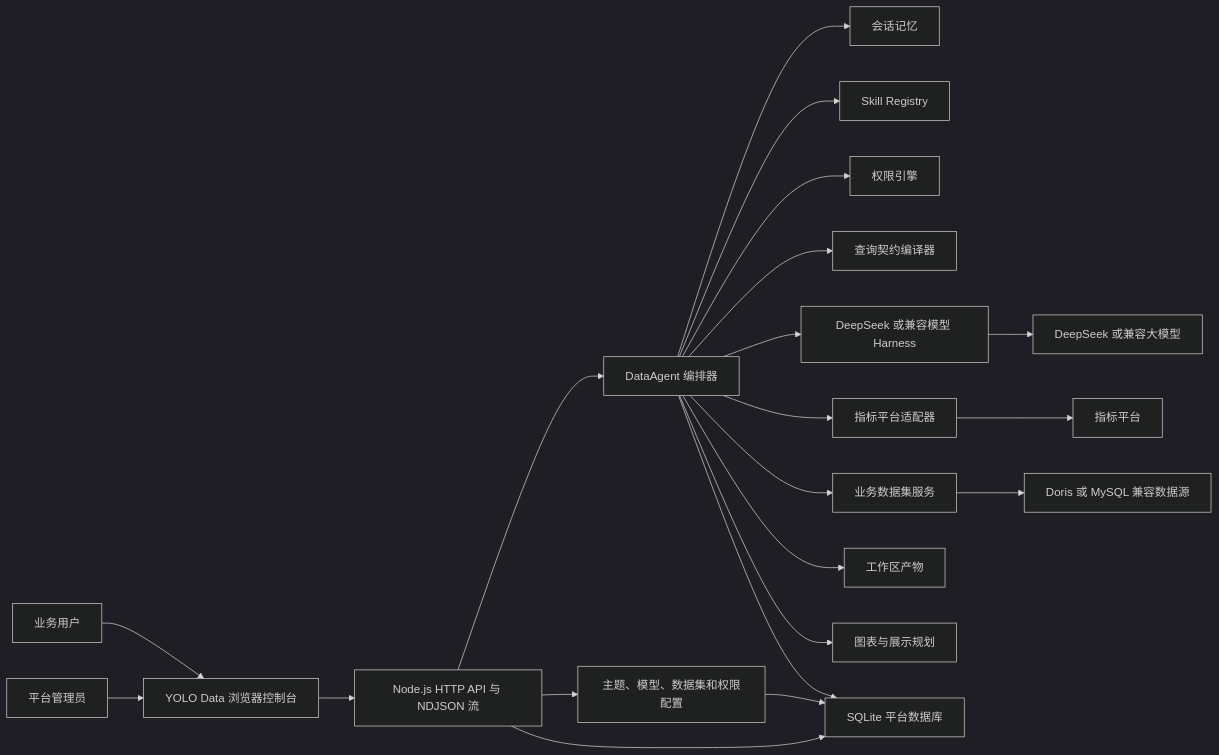
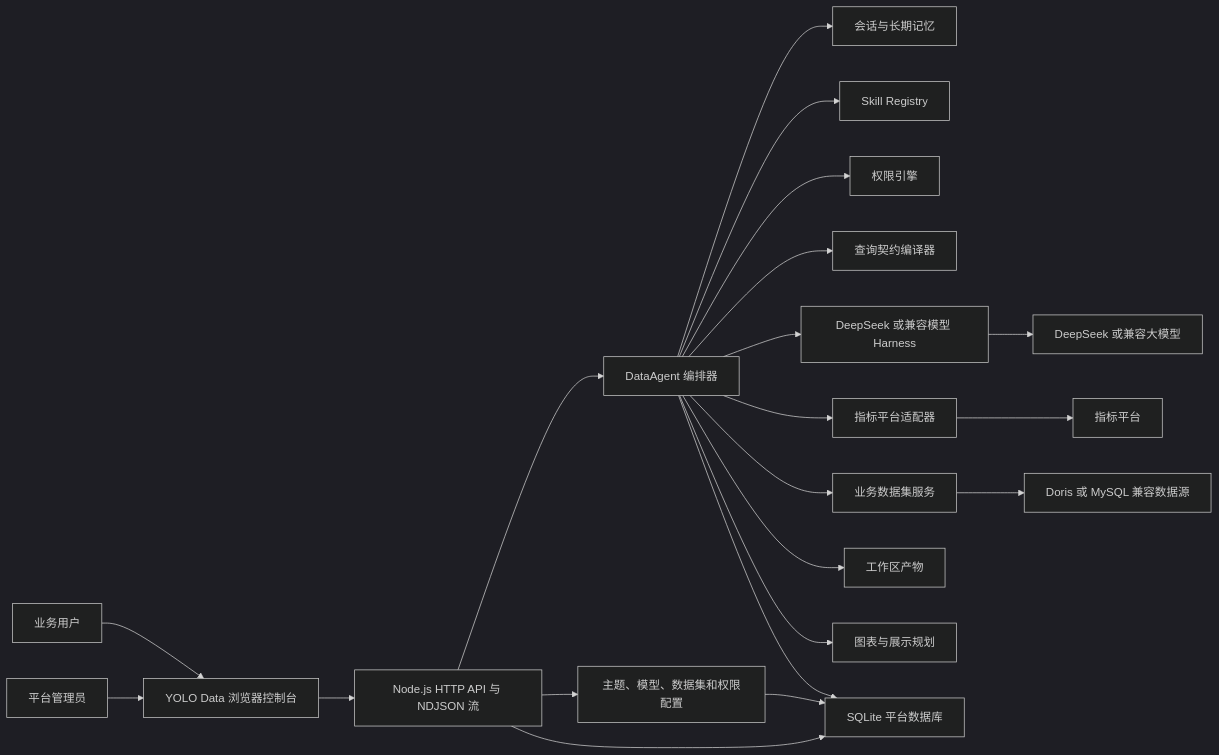
Before and after one commit to xiaour/yolo-data: the first of 2 diagrams in README.md, drawn with Mermaid (dark theme). The commit also changed other lines of this file and 21 other files, not shown here.

````diff
--- a/README.md
+++ b/README.md
@@ -77,26 +77,26 @@
 ```mermaid
 flowchart LR
   USER["业务用户"] --> UI["YOLO Data 浏览器控制台"]
   ADMIN["平台管理员"] --> UI
 
   UI --> API["Node.js HTTP API 与 NDJSON 流"]
   API --> AGENT["DataAgent 编排器"]
   API --> CONFIG["主题、模型、数据集和权限配置"]
 
-  AGENT --> MEMORY["会话记忆"]
+  AGENT --> MEMORY["会话与长期记忆"]
   AGENT --> SKILL["Skill Registry"]
   AGENT --> POLICY["权限引擎"]
   AGENT --> CONTRACT["查询契约编译器"]
   AGENT --> HARNESS["DeepSeek 或兼容模型 Harness"]
   AGENT --> INDICATOR["指标平台适配器"]
   AGENT --> DATASET["业务数据集服务"]
   AGENT --> WORKSPACE["工作区产物"]
   AGENT --> VISUAL["图表与展示规划"]
 
   HARNESS --> LLM["DeepSeek 或兼容大模型"]
   INDICATOR --> PLATFORM["指标平台"]
   DATASET --> DORIS["Doris 或 MySQL 兼容数据源"]
   API --> DB["SQLite 平台数据库"]
   AGENT --> DB
   CONFIG --> DB
 ```
````
